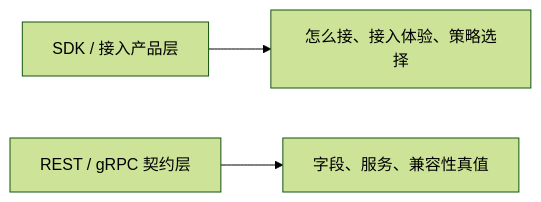
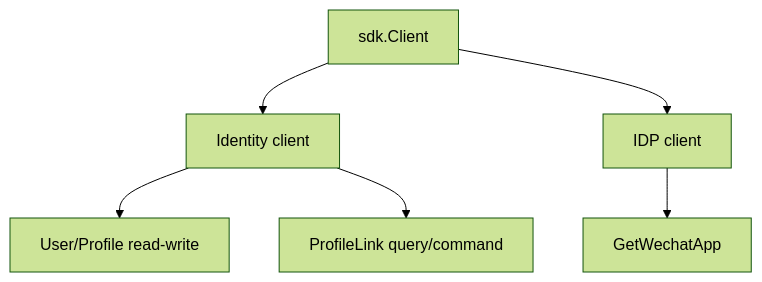
Before and after one commit to FangcunMount/iam: the sixth of 6 diagrams in docs/05-专题分析/07-SDK封装与接入价值.md, drawn with Mermaid (forest theme). The commit also changed other lines of this file and 61 other files, not shown here.

````diff
--- a/docs/05-专题分析/07-SDK封装与接入价值.md
+++ b/docs/05-专题分析/07-SDK封装与接入价值.md
@@ -261,5 +176,8 @@
 ```mermaid
-flowchart LR
-    SDK["SDK / 接入产品层"] --> Good["怎么接、接入体验、策略选择"]
-    Contract["REST / gRPC 契约层"] --> Truth["字段、服务、兼容性真值"]
+flowchart TD
+    SDKClient["sdk.Client"] --> Identity["Identity client"]
+    Identity --> User["User/Profile read-write"]
+    Identity --> Link["ProfileLink query/command"]
+    SDKClient --> IDP["IDP client"]
+    IDP --> Wechat["GetWechatApp"]
 ```
````
